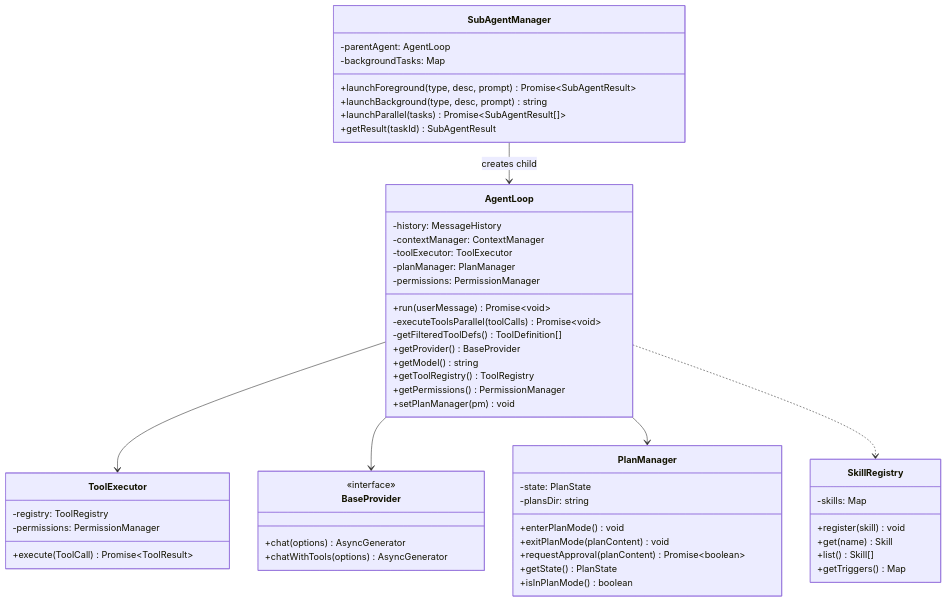
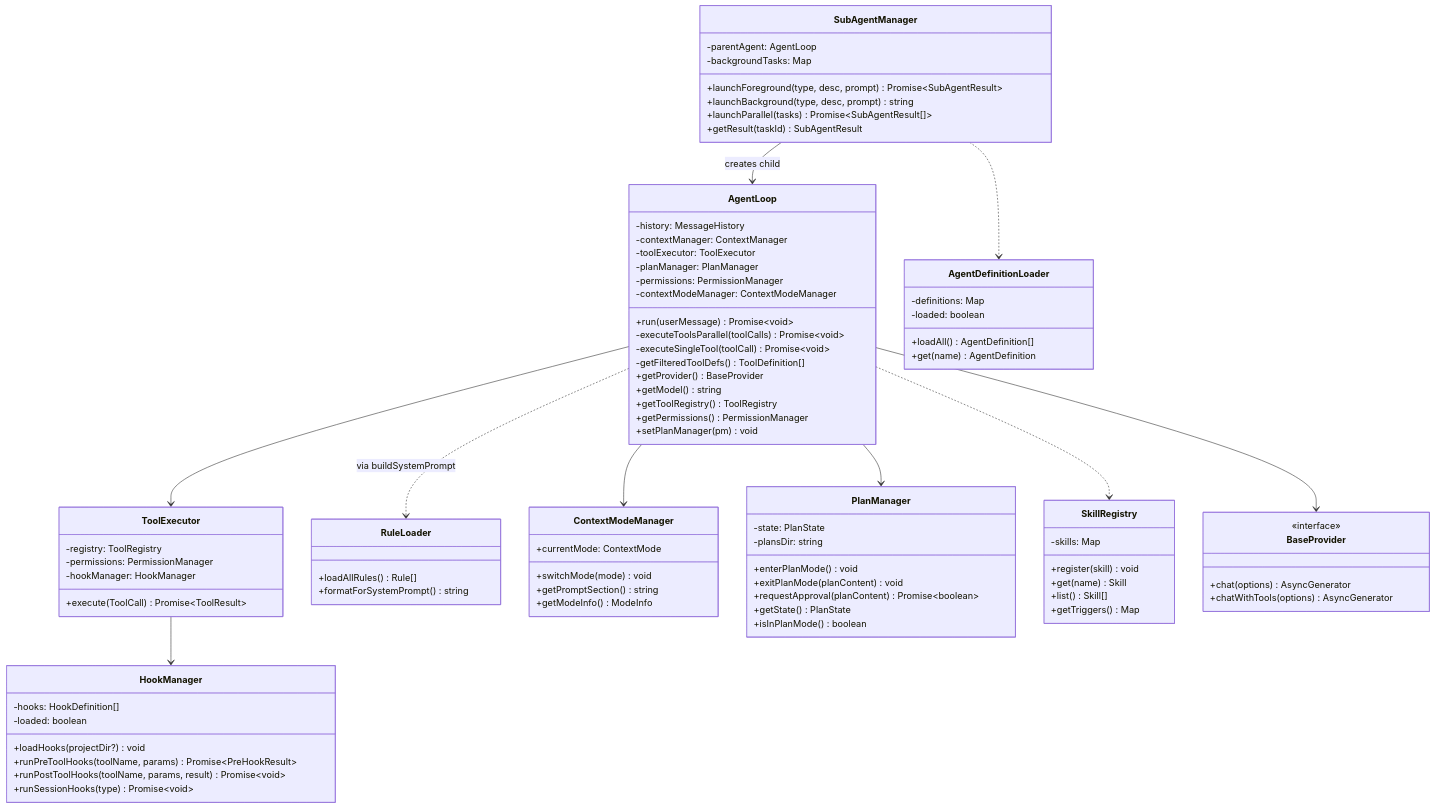
The sixth of 11 diagrams in docs/internal_design.md (t2k2pp/lllmAgents), drawn with Mermaid before and after one commit. The commit also changed other lines of this file and 13 other files, not shown here.

````diff
--- a/docs/internal_design.md
+++ b/docs/internal_design.md
@@ -228,8 +228,10 @@
         -toolExecutor: ToolExecutor
         -planManager: PlanManager
         -permissions: PermissionManager
+        -contextModeManager: ContextModeManager
         +run(userMessage) Promise~void~
         -executeToolsParallel(toolCalls) Promise~void~
+        -executeSingleTool(toolCall) Promise~void~
         -getFilteredToolDefs() ToolDefinition[]
         +getProvider() BaseProvider
         +getModel() string
@@ -241,7 +243,36 @@
     class ToolExecutor {
         -registry: ToolRegistry
         -permissions: PermissionManager
+        -hookManager: HookManager
         +execute(ToolCall) Promise~ToolResult~
+    }
+
+    class HookManager {
+        -hooks: HookDefinition[]
+        -loaded: boolean
+        +loadHooks(projectDir?) void
+        +runPreToolHooks(toolName, params) Promise~PreHookResult~
+        +runPostToolHooks(toolName, params, result) Promise~void~
+        +runSessionHooks(type) Promise~void~
+    }
+
+    class RuleLoader {
+        +loadAllRules() Rule[]
+        +formatForSystemPrompt() string
+    }
+
+    class ContextModeManager {
+        +currentMode: ContextMode
+        +switchMode(mode) void
+        +getPromptSection() string
+        +getModeInfo() ModeInfo
+    }
+
+    class AgentDefinitionLoader {
+        -definitions: Map
+        -loaded: boolean
+        +loadAll() AgentDefinition[]
+        +get(name) AgentDefinition
     }
 
     class SubAgentManager {
@@ -280,6 +311,10 @@
     AgentLoop --> ToolExecutor
     AgentLoop --> BaseProvider
     AgentLoop --> PlanManager
+    AgentLoop --> ContextModeManager
+    ToolExecutor --> HookManager
     SubAgentManager --> AgentLoop : creates child
     AgentLoop ..> SkillRegistry
+    AgentLoop ..> RuleLoader : via buildSystemPrompt
+    SubAgentManager ..> AgentDefinitionLoader
 ```
````
